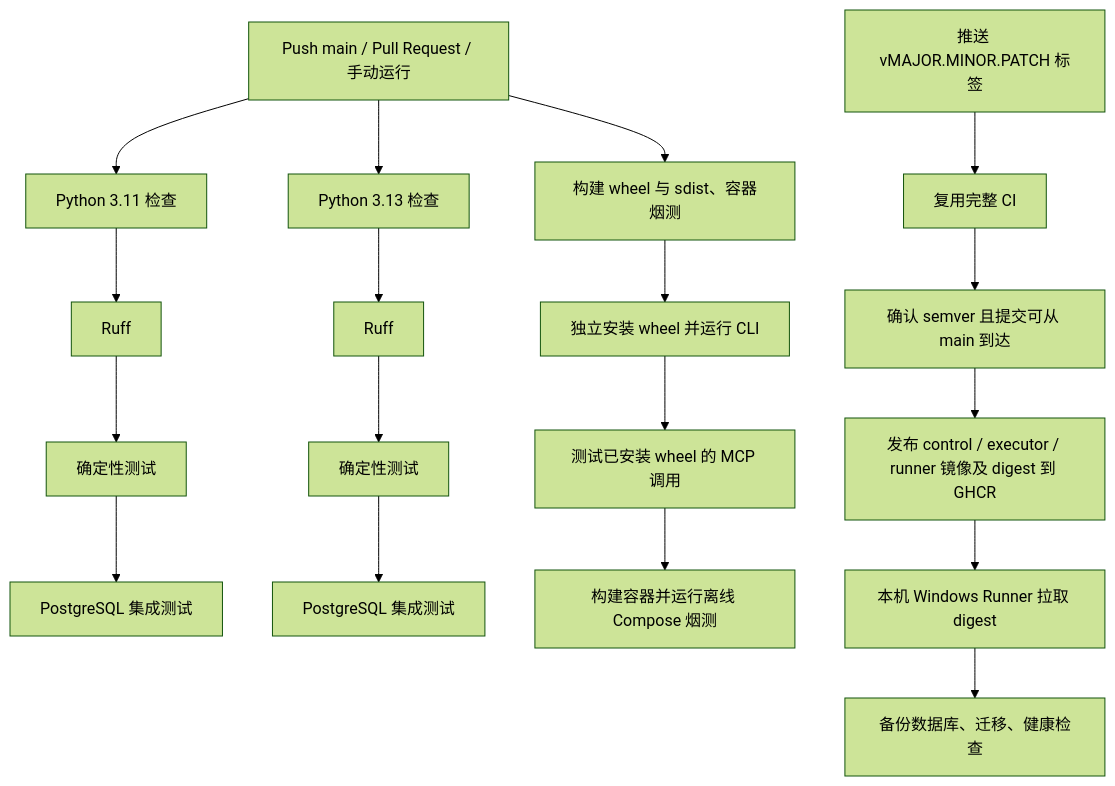
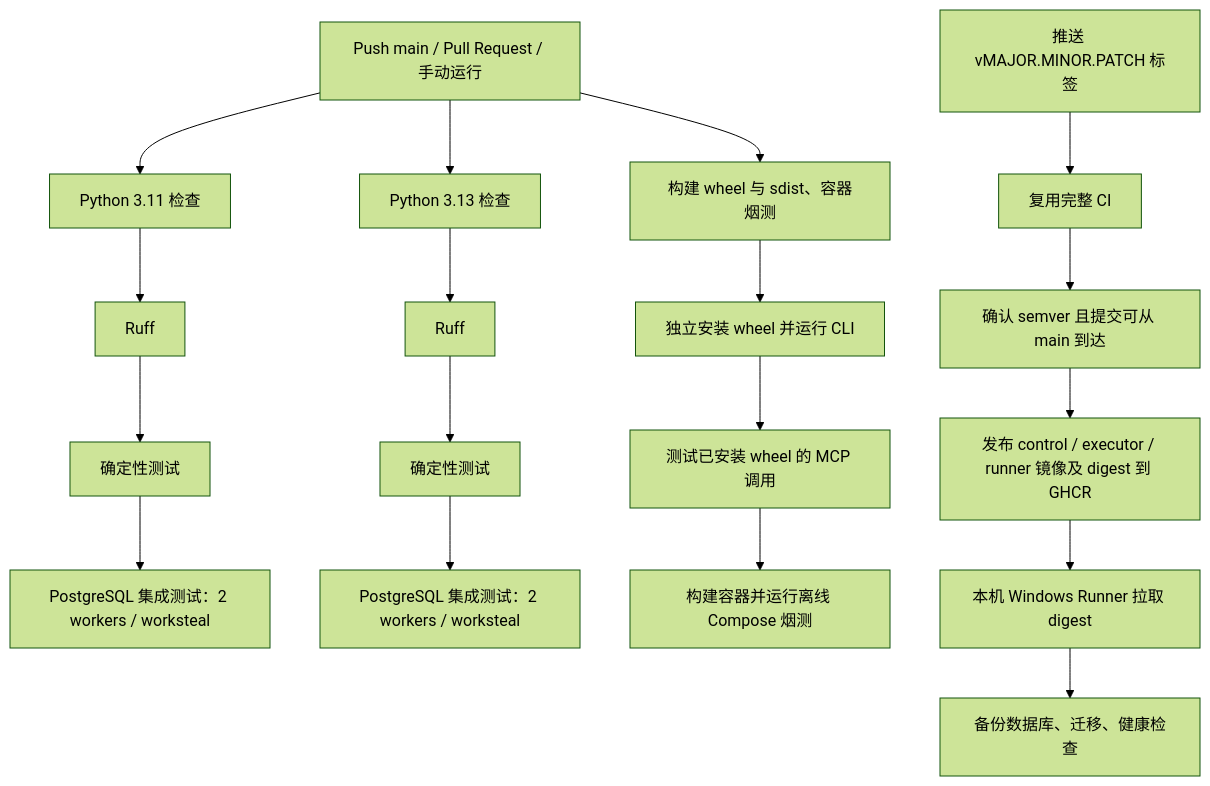
The diagram in generated/261016/CI-CD/1938_GitHub_Actions持续集成教程.md (shuaibilx/DecAgent), drawn with Mermaid (forest theme) before and after one commit. The commit also changed other lines of this file and 8 other files, not shown here.

````diff
--- a/generated/261016/CI-CD/1938_GitHub_Actions持续集成教程.md
+++ b/generated/261016/CI-CD/1938_GitHub_Actions持续集成教程.md
@@ -24,20 +24,20 @@
 ```mermaid
 flowchart TD
     A[Push main / Pull Request / 手动运行] --> B[Python 3.11 检查]
     A --> C[Python 3.13 检查]
     B --> B1[Ruff]
     B1 --> B2[确定性测试]
-    B2 --> B3[PostgreSQL 集成测试]
+    B2 --> B3[PostgreSQL 集成测试：2 workers / worksteal]
     C --> C1[Ruff]
     C1 --> C2[确定性测试]
-    C2 --> C3[PostgreSQL 集成测试]
+    C2 --> C3[PostgreSQL 集成测试：2 workers / worksteal]
     A --> D[构建 wheel 与 sdist、容器烟测]
     D --> E[独立安装 wheel 并运行 CLI]
     E --> F[测试已安装 wheel 的 MCP 调用]
     F --> G[构建容器并运行离线 Compose 烟测]
     H[推送 vMAJOR.MINOR.PATCH 标签] --> I[复用完整 CI]
     I --> J[确认 semver 且提交可从 main 到达]
     J --> K[发布 control / executor / runner 镜像及 digest 到 GHCR]
     K --> L[本机 Windows Runner 拉取 digest]
     L --> M[备份数据库、迁移、健康检查]
 ```
````
